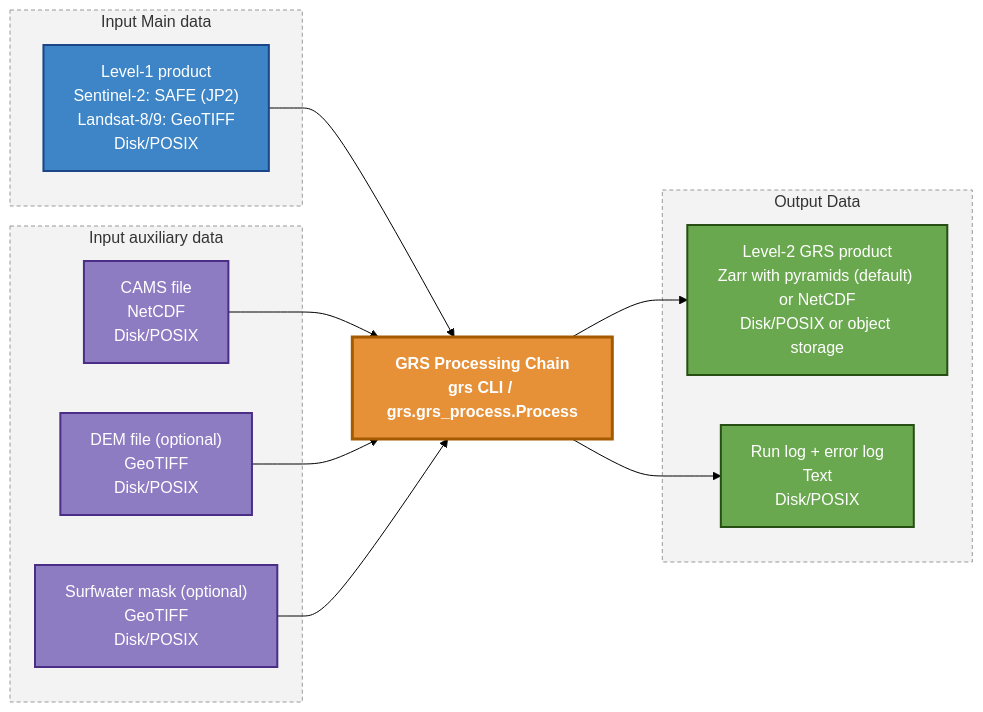
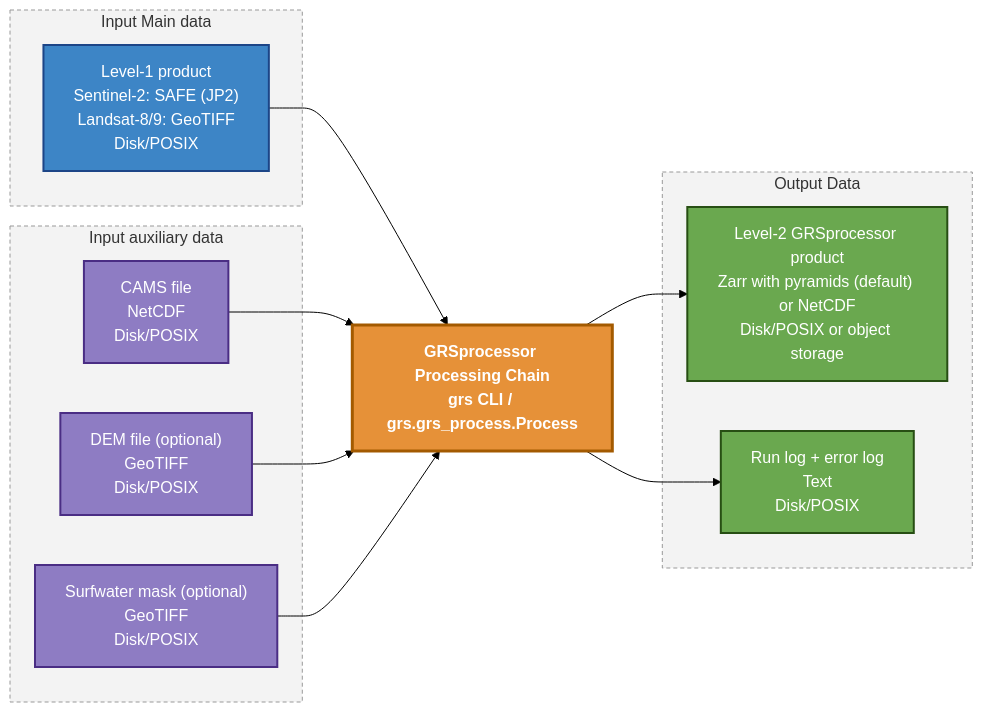
Before and after one commit to Tristanovsk/grs: the diagram in docs/source/_diagrams/dataflow.mmd, drawn with Mermaid (forest theme). The commit also changed 18 other files, not shown here.

Commit message:
docs: rename GRS to GRSprocessor in the documentation (pages, example notebooks, dataflow diagram)

```diff
--- a/docs/source/_diagrams/dataflow.mmd
+++ b/docs/source/_diagrams/dataflow.mmd
@@ -1,36 +1,36 @@
 flowchart LR
     subgraph main["Input Main data"]
         IN1["Level-1 product<br/>Sentinel-2: SAFE (JP2)<br/>Landsat-8/9: GeoTIFF<br/>Disk/POSIX"]
     end
 
     subgraph aux["Input auxiliary data"]
         IN2["CAMS file<br/>NetCDF<br/>Disk/POSIX"]
         IN3["DEM file (optional)<br/>GeoTIFF<br/>Disk/POSIX"]
         IN4["Surfwater mask (optional)<br/>GeoTIFF<br/>Disk/POSIX"]
     end
 
-    PROC["GRS Processing Chain<br/>grs CLI / grs.grs_process.Process"]
+    PROC["GRSprocessor Processing Chain<br/>grs CLI / grs.grs_process.Process"]
 
     subgraph out["Output Data"]
-        OUT1["Level-2 GRS product<br/>Zarr with pyramids (default) or NetCDF<br/>Disk/POSIX or object storage"]
+        OUT1["Level-2 GRSprocessor product<br/>Zarr with pyramids (default) or NetCDF<br/>Disk/POSIX or object storage"]
         OUT2["Run log + error log<br/>Text<br/>Disk/POSIX"]
     end
 
     IN1 --> PROC
     IN2 --> PROC
     IN3 --> PROC
     IN4 --> PROC
     PROC --> OUT1
     PROC --> OUT2
 
     classDef mainStyle fill:#3d85c6,stroke:#1c4587,stroke-width:2px,color:#ffffff
     classDef auxStyle fill:#8e7cc3,stroke:#4a2d84,stroke-width:2px,color:#ffffff
     classDef procStyle fill:#e69138,stroke:#a35a00,stroke-width:3px,color:#ffffff,font-weight:bold
     classDef outStyle fill:#6aa84f,stroke:#274e13,stroke-width:2px,color:#ffffff
     classDef groupStyle fill:#f3f3f3,stroke:#999999,stroke-dasharray: 4 3,color:#333333
 
     class IN1 mainStyle
     class IN2,IN3,IN4 auxStyle
     class PROC procStyle
     class OUT1,OUT2 outStyle
     class main,aux,out groupStyle
```
